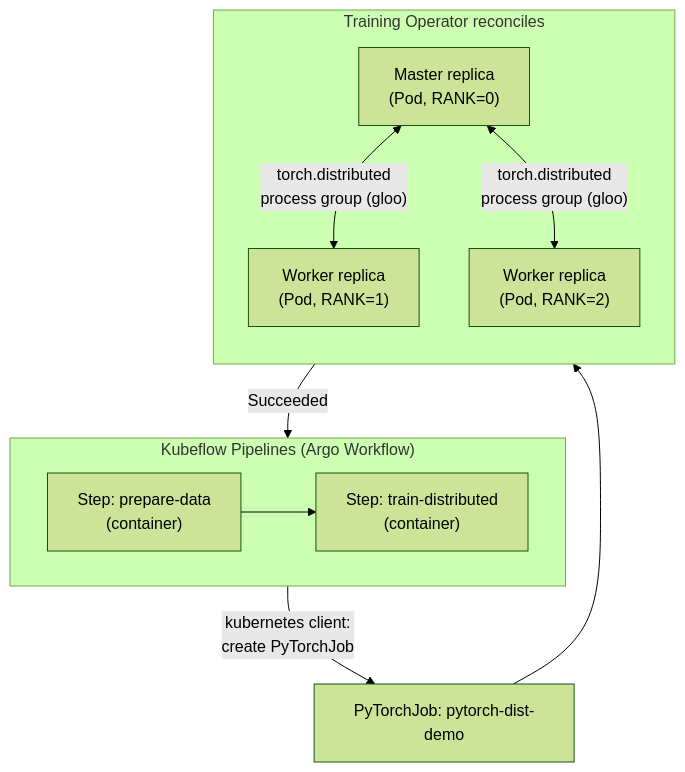
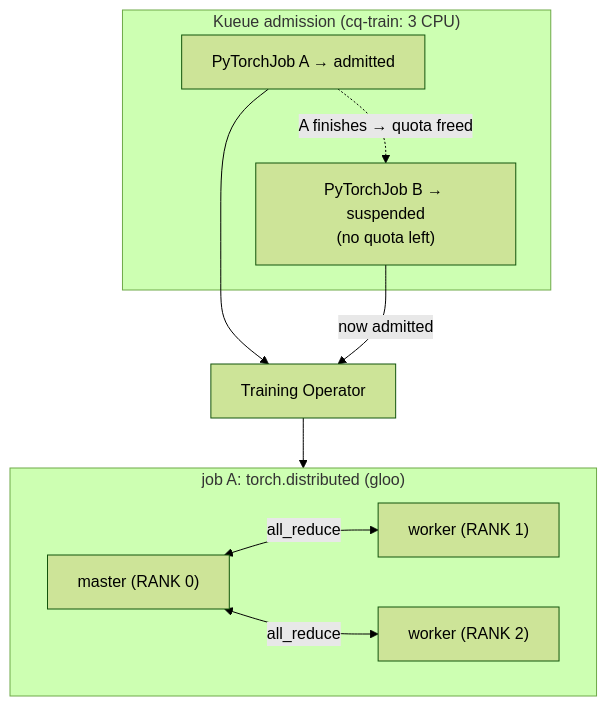
The diagram in lab-15b-distributed-training.md (datacouch-io/Advanced_Kubernetes_Nutanix), drawn with Mermaid (forest theme) before and after one commit. The commit also changed other lines of this file and 320 other files, not shown here.

````diff
--- a/lab-15b-distributed-training.md
+++ b/lab-15b-distributed-training.md
@@ -45,21 +40,18 @@
 ```mermaid
 flowchart TB
-    subgraph KFP["Kubeflow Pipelines (Argo Workflow)"]
-        direction LR
-        S1["Step: prepare-data<br/>(container)"] --> S2["Step: train-distributed<br/>(container)"]
+    subgraph KUEUE["Kueue admission (cq-train: 3 CPU)"]
+        JA["PyTorchJob A → admitted"]
+        JB["PyTorchJob B → suspended<br/>(no quota left)"]
     end
-
-    S2 -->|"kubernetes client:<br/>create PyTorchJob"| CRD["PyTorchJob: pytorch-dist-demo"]
-
-    subgraph TO["Training Operator reconciles"]
-        direction TB
-        M["Master replica<br/>(Pod, RANK=0)"]
-        W1["Worker replica<br/>(Pod, RANK=1)"]
-        W2["Worker replica<br/>(Pod, RANK=2)"]
-        M <-->|"torch.distributed<br/>process group (gloo)"| W1
-        M <-->|"torch.distributed<br/>process group (gloo)"| W2
+    JA --> TO["Training Operator"]
+    subgraph JOB["job A: torch.distributed (gloo)"]
+        M["master (RANK 0)"]
+        W1["worker (RANK 1)"]
+        W2["worker (RANK 2)"]
+        M <-->|"all_reduce"| W1
+        M <-->|"all_reduce"| W2
     end
-
-    CRD --> TO
-    TO -- "Succeeded" --> S2
+    TO --> JOB
+    JA -.->|"A finishes → quota freed"| JB
+    JB -->|"now admitted"| TO
 ```
````
